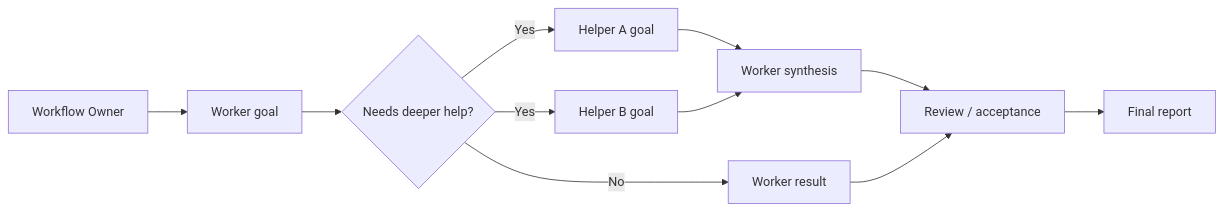
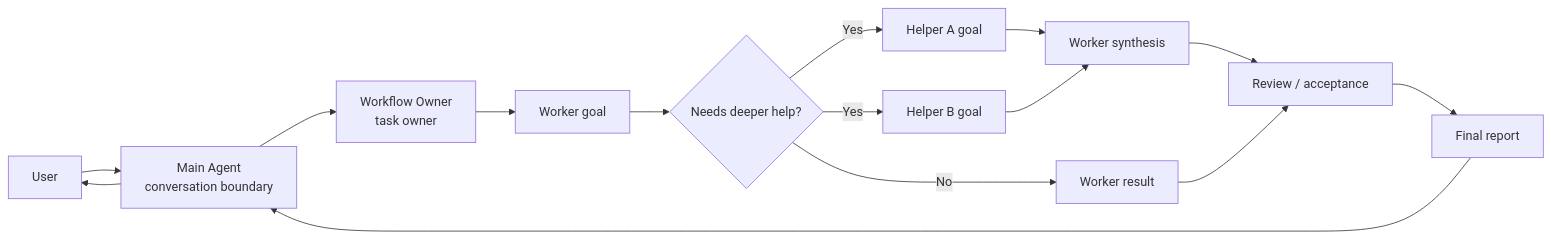
One commit to patrick-fu/parallel-goal-workflows changed the third of 3 diagrams in README.md. Above: the diagram before and after it, drawn with Mermaid. The commit also changed other lines of this file and 1 other file, not shown here.

Commit message:
Complete workflow diagrams with user boundary
- Add User and Main Agent entry points to synthesis and nested-helper diagrams.

- Return synthesis and nested-helper report paths back through the Main Agent.

- Keep English and Chinese public README diagrams structurally aligned.

````diff
--- a/README.md
+++ b/README.md
@@ -132,13 +136,17 @@
 ```mermaid
 flowchart LR
-  Owner["Workflow Owner"] --> W["Worker goal"]
+  User["User"] --> Main["Main Agent<br/>conversation boundary"]
+  Main --> Owner["Workflow Owner<br/>task owner"]
+  Owner --> W["Worker goal"]
   W --> Decision{"Needs deeper help?"}
   Decision -- "Yes" --> A["Helper A goal"]
   Decision -- "Yes" --> B["Helper B goal"]
   A --> S["Worker synthesis"]
   B --> S
   Decision -- "No" --> Direct["Worker result"]
   S --> Review["Review / acceptance"]
   Direct --> Review
   Review --> Report["Final report"]
+  Report --> Main
+  Main --> User
 ```
````
